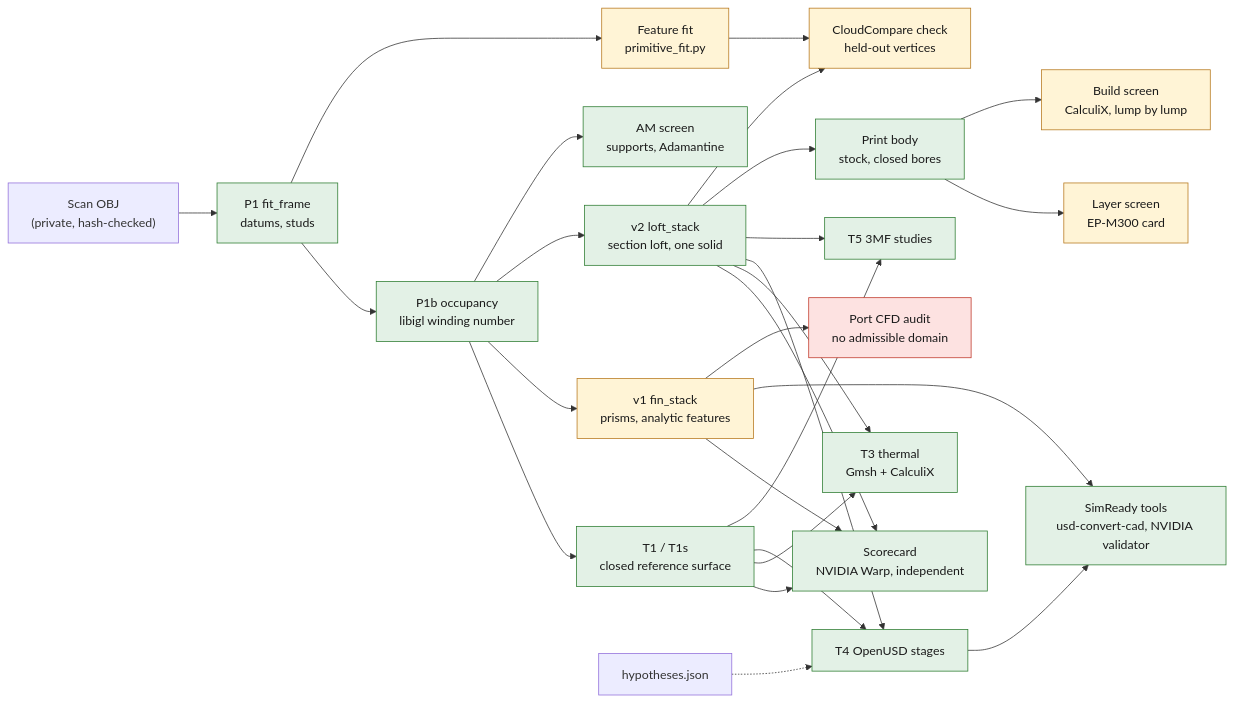
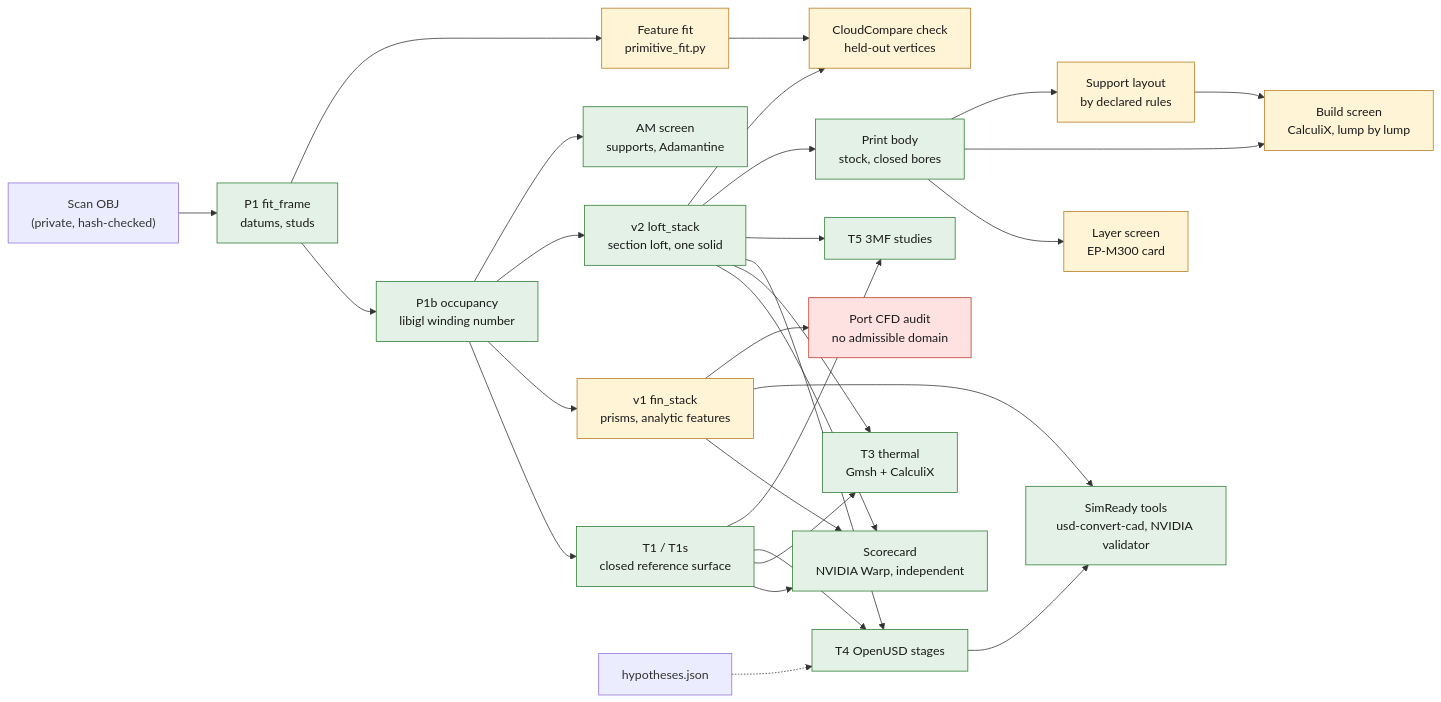
One commit to cluster2600/porscheparts changed the third of 11 diagrams in twins/935-cylinder-head-cad-twin/README.md. Above: the diagram before and after it, drawn with Mermaid. The commit also changed other lines of this file and 16 other files, not shown here.

First line of the commit message:
935 twin: laser cases, a support layout by rule, and the register of prepared work (#689)

````diff
--- a/twins/935-cylinder-head-cad-twin/README.md
+++ b/twins/935-cylinder-head-cad-twin/README.md
@@ -121,34 +124,36 @@
 ```mermaid
 flowchart LR
   S["Scan OBJ<br/>(private, hash-checked)"] --> F["P1 fit_frame<br/>datums, studs"]
   F --> O["P1b occupancy<br/>libigl winding number"]
   O --> T1["T1 / T1s<br/>closed reference surface"]
   O --> V1["v1 fin_stack<br/>prisms, analytic features"]
   O --> V2["v2 loft_stack<br/>section loft, one solid"]
   T1 --> SC["Scorecard<br/>NVIDIA Warp, independent"]
   V1 --> SC
   V2 --> SC
   T1 --> TH["T3 thermal<br/>Gmsh + CalculiX"]
   V2 --> TH
   T1 --> U["T4 OpenUSD stages"]
   V2 --> U
   T1 --> P["T5 3MF studies"]
   V2 --> P
   V1 --> SR["SimReady tools<br/>usd-convert-cad, NVIDIA validator"]
   U --> SR
   O --> AM["AM screen<br/>supports, Adamantine"]
   V2 --> PB["Print body<br/>stock, closed bores"]
   PB --> LS["Layer screen<br/>EP-M300 card"]
   PB --> BS["Build screen<br/>CalculiX, lump by lump"]
+  PB --> SD["Support layout<br/>by declared rules"]
+  SD --> BS
   V1 --> PA["Port CFD audit<br/>no admissible domain"]
   F --> FF["Feature fit<br/>primitive_fit.py"]
   FF --> CC["CloudCompare check<br/>held-out vertices"]
   V2 --> CC
   H["hypotheses.json"] -.-> U
   classDef ok fill:#e3f1e6,stroke:#2e7d32,color:#1a1a1a;
   classDef open fill:#fff4d6,stroke:#b7791f,color:#1a1a1a;
   classDef stop fill:#fde2e1,stroke:#c0392b,color:#1a1a1a;
   class F,O,T1,SC,V2,TH,U,P,SR,AM,PB ok;
-  class V1,FF,CC,LS,BS open;
+  class V1,FF,CC,LS,BS,SD open;
   class PA stop;
 ```
````
